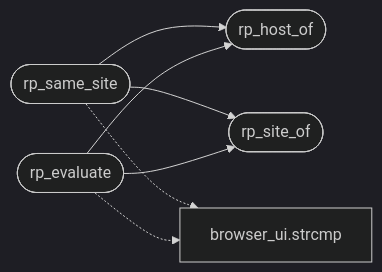
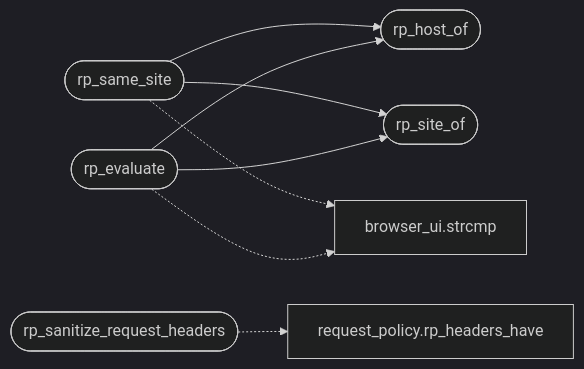
Before and after one commit to grisuno/FreeDom: the diagram in readmenator-apidocs/modules/src.request_policy.c.md, drawn with Mermaid (dark theme). The commit also changed other lines of this file and 240 other files, not shown here.

````diff
--- a/readmenator-apidocs/modules/src.request_policy.c.md
+++ b/readmenator-apidocs/modules/src.request_policy.c.md
@@ -14,14 +14,17 @@
 ```mermaid
 flowchart LR
     n_src_request_policy_c__rp_same_site(["rp_same_site"])
     n_src_request_policy_c__rp_host_of(["rp_host_of"])
     n_src_request_policy_c__rp_site_of(["rp_site_of"])
     n_src_request_policy_c__rp_evaluate(["rp_evaluate"])
     n_gui_browser_ui_c__strcmp["browser_ui.strcmp"]
+    n_src_request_policy_c__rp_sanitize_request_headers(["rp_sanitize_request_headers"])
+    n_include_request_policy_h__rp_headers_have["request_policy.rp_headers_have"]
     n_src_request_policy_c__rp_same_site --> n_src_request_policy_c__rp_host_of
     n_src_request_policy_c__rp_same_site --> n_src_request_policy_c__rp_site_of
     n_src_request_policy_c__rp_evaluate --> n_src_request_policy_c__rp_host_of
     n_src_request_policy_c__rp_evaluate --> n_src_request_policy_c__rp_site_of
     n_src_request_policy_c__rp_same_site -.-> n_gui_browser_ui_c__strcmp
     n_src_request_policy_c__rp_evaluate -.-> n_gui_browser_ui_c__strcmp
+    n_src_request_policy_c__rp_sanitize_request_headers -.-> n_include_request_policy_h__rp_headers_have
 ```
````
